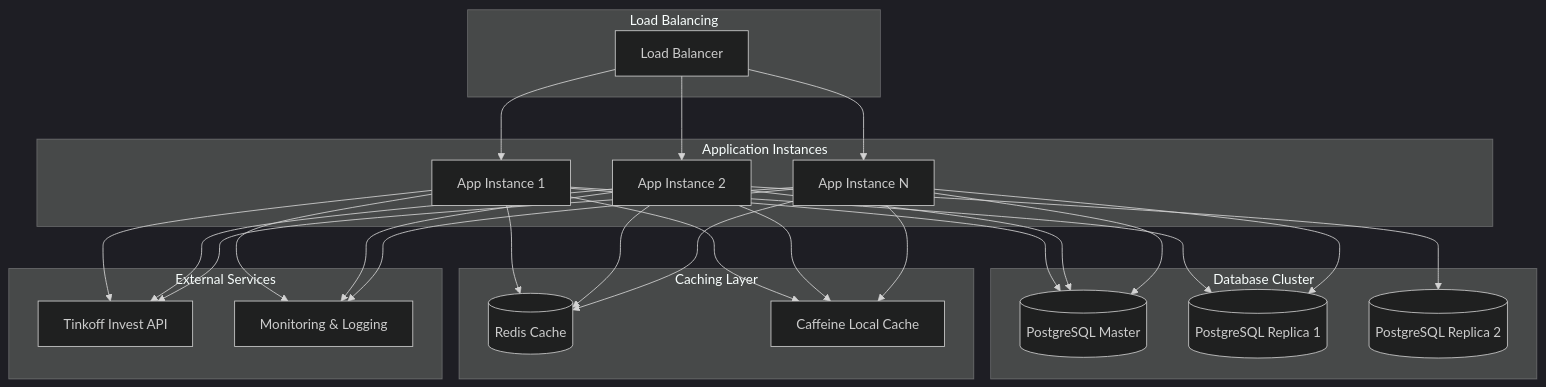
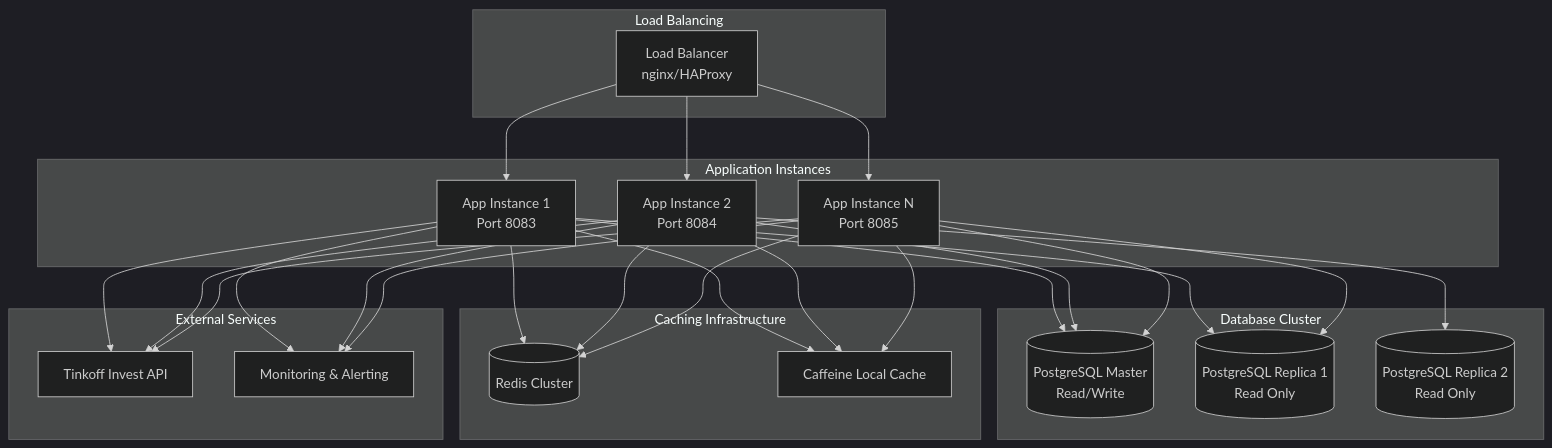
Before and after one commit to Vasilek1993111/InvestmentDataLoaderService: the sixth of 8 diagrams in docs/diagrams/architecture.md, drawn with Mermaid (dark theme). The commit also changed other lines of this file and 15 other files, not shown here.

````diff
--- a/docs/diagrams/architecture.md
+++ b/docs/diagrams/architecture.md
@@ -231,55 +283,55 @@
 ```mermaid
 graph TB
-    subgraph "Load Balancing"
-        LB[Load Balancer]
-    end
-    
-    subgraph "Application Instances"
-        APP1[App Instance 1]
-        APP2[App Instance 2]
-        APP3[App Instance N]
-    end
-    
-    subgraph "Database Cluster"
-        MASTER[(PostgreSQL Master)]
-        REPLICA1[(PostgreSQL Replica 1)]
-        REPLICA2[(PostgreSQL Replica 2)]
-    end
-    
-    subgraph "Caching Layer"
-        REDIS[(Redis Cache)]
-        CAFFEINE[Caffeine Local Cache]
-    end
-    
-    subgraph "External Services"
-        TINKOFF[Tinkoff Invest API]
-        MONITORING[Monitoring & Logging]
-    end
-    
-    LB --> APP1
-    LB --> APP2
-    LB --> APP3
-    
-    APP1 --> MASTER
-    APP1 --> REPLICA1
-    APP2 --> MASTER
-    APP2 --> REPLICA2
-    APP3 --> MASTER
-    APP3 --> REPLICA1
-    
-    APP1 --> REDIS
-    APP2 --> REDIS
-    APP3 --> REDIS
-    
-    APP1 --> CAFFEINE
-    APP2 --> CAFFEINE
-    APP3 --> CAFFEINE
-    
-    APP1 --> TINKOFF
-    APP2 --> TINKOFF
-    APP3 --> TINKOFF
-    
-    APP1 --> MONITORING
-    APP2 --> MONITORING
-    APP3 --> MONITORING
+  subgraph "Load Balancing"
+    LB[Load Balancer<br/>nginx/HAProxy]
+  end
+  
+  subgraph "Application Instances"
+    APP1[App Instance 1<br/>Port 8083]
+    APP2[App Instance 2<br/>Port 8084]
+    APP3[App Instance N<br/>Port 8085]
+  end
+  
+  subgraph "Database Cluster"
+    MASTER[(PostgreSQL Master<br/>Read/Write)]
+    REPLICA1[(PostgreSQL Replica 1<br/>Read Only)]
+    REPLICA2[(PostgreSQL Replica 2<br/>Read Only)]
+  end
+  
+  subgraph "Caching Infrastructure"
+    REDIS[(Redis Cluster)]
+    CAFFEINE[Caffeine Local Cache]
+  end
+  
+  subgraph "External Services"
+    TINKOFF[Tinkoff Invest API]
+    MONITORING[Monitoring & Alerting]
+  end
+  
+  LB --> APP1
+  LB --> APP2
+  LB --> APP3
+  
+  APP1 --> MASTER
+  APP1 --> REPLICA1
+  APP2 --> MASTER
+  APP2 --> REPLICA2
+  APP3 --> MASTER
+  APP3 --> REPLICA1
+  
+  APP1 --> REDIS
+  APP2 --> REDIS
+  APP3 --> REDIS
+  
+  APP1 --> CAFFEINE
+  APP2 --> CAFFEINE
+  APP3 --> CAFFEINE
+  
+  APP1 --> TINKOFF
+  APP2 --> TINKOFF
+  APP3 --> TINKOFF
+  
+  APP1 --> MONITORING
+  APP2 --> MONITORING
+  APP3 --> MONITORING
 ```
````
